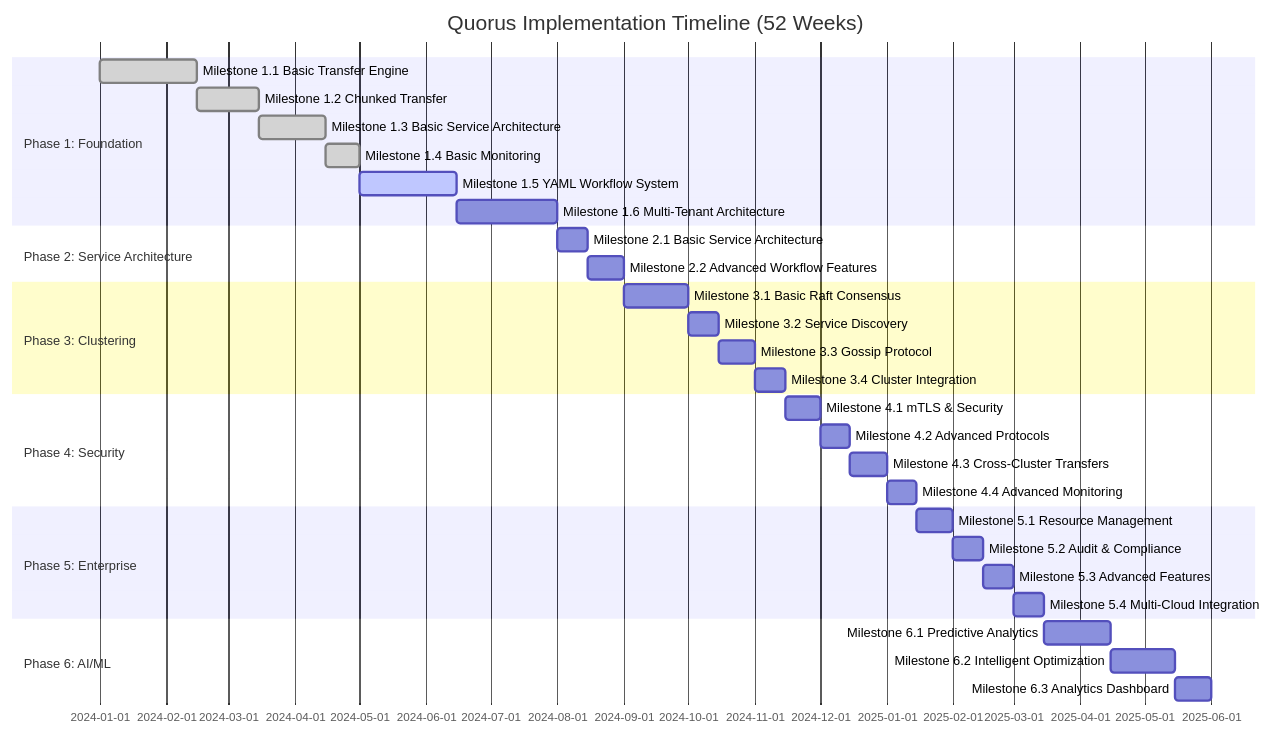
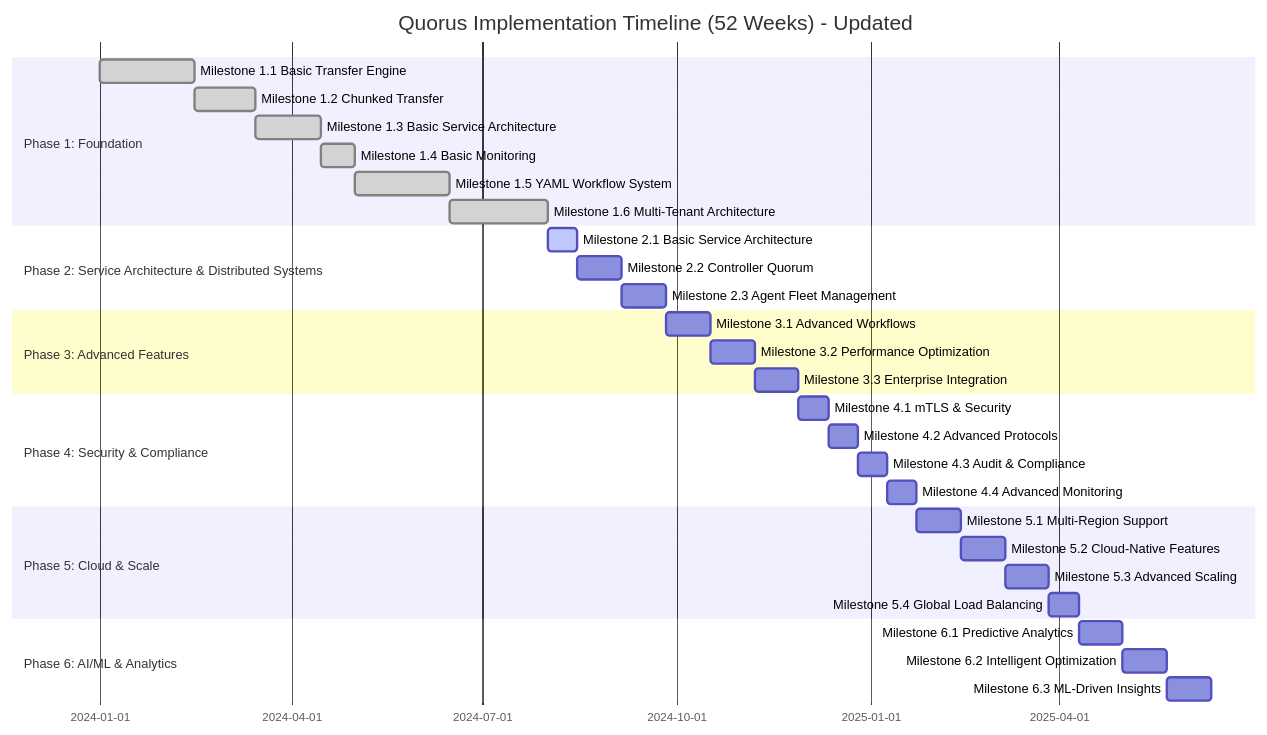
Before and after one commit to mraysmit/quorus: the diagram in docs/quorus-implementation-plan.md, drawn with Mermaid. The commit also changed other lines of this file and 61 other files, not shown here.

Commit message:
Add Quorus API and controller modules; refactor workflow definitions and enhance error handling

````diff
--- a/docs/quorus-implementation-plan.md
+++ b/docs/quorus-implementation-plan.md
@@ -13,39 +44,39 @@
 ```mermaid
 gantt
-    title Quorus Implementation Timeline (52 Weeks)
+    title Quorus Implementation Timeline (52 Weeks) - Updated
     dateFormat  YYYY-MM-DD
     section Phase 1: Foundation
     Milestone 1.1 Basic Transfer Engine     :done, m11, 2024-01-01, 2024-02-15
     Milestone 1.2 Chunked Transfer         :done, m12, 2024-02-15, 2024-03-15
     Milestone 1.3 Basic Service Architecture :done, m13, 2024-03-15, 2024-04-15
     Milestone 1.4 Basic Monitoring        :done, m14, 2024-04-15, 2024-05-01
-    Milestone 1.5 YAML Workflow System    :active, m15, 2024-05-01, 2024-06-15
-    Milestone 1.6 Multi-Tenant Architecture :m16, 2024-06-15, 2024-08-01
+    Milestone 1.5 YAML Workflow System    :done, m15, 2024-05-01, 2024-06-15
+    Milestone 1.6 Multi-Tenant Architecture :done, m16, 2024-06-15, 2024-08-01
 
-    section Phase 2: Service Architecture
-    Milestone 2.1 Basic Service Architecture :m21, 2024-08-01, 2024-08-15
-    Milestone 2.2 Advanced Workflow Features :m22, 2024-08-15, 2024-09-01
+    section Phase 2: Service Architecture & Distributed Systems
+    Milestone 2.1 Basic Service Architecture :active, m21, 2024-08-01, 2024-08-15
+    Milestone 2.2 Controller Quorum       :m22, 2024-08-15, 2024-09-05
+    Milestone 2.3 Agent Fleet Management  :m23, 2024-09-05, 2024-09-26
 
-    section Phase 3: Clustering
-    Milestone 3.1 Basic Raft Consensus    :m31, 2024-09-01, 2024-10-01
-    Milestone 3.2 Service Discovery       :m32, 2024-10-01, 2024-10-15
-    Milestone 3.3 Gossip Protocol         :m33, 2024-10-15, 2024-11-01
-    Milestone 3.4 Cluster Integration     :m34, 2024-11-01, 2024-11-15
+    section Phase 3: Advanced Features
+    Milestone 3.1 Advanced Workflows      :m31, 2024-09-26, 2024-10-17
+    Milestone 3.2 Performance Optimization :m32, 2024-10-17, 2024-11-07
+    Milestone 3.3 Enterprise Integration  :m33, 2024-11-07, 2024-11-28
 
-    section Phase 4: Security
-    Milestone 4.1 mTLS & Security         :m41, 2024-11-15, 2024-12-01
-    Milestone 4.2 Advanced Protocols      :m42, 2024-12-01, 2024-12-15
-    Milestone 4.3 Cross-Cluster Transfers :m43, 2024-12-15, 2025-01-01
-    Milestone 4.4 Advanced Monitoring     :m44, 2025-01-01, 2025-01-15
+    section Phase 4: Security & Compliance
+    Milestone 4.1 mTLS & Security         :m41, 2024-11-28, 2024-12-12
+    Milestone 4.2 Advanced Protocols      :m42, 2024-12-12, 2024-12-26
+    Milestone 4.3 Audit & Compliance      :m43, 2024-12-26, 2025-01-09
+    Milestone 4.4 Advanced Monitoring     :m44, 2025-01-09, 2025-01-23
 
-    section Phase 5: Enterprise
-    Milestone 5.1 Resource Management     :m51, 2025-01-15, 2025-02-01
-    Milestone 5.2 Audit & Compliance      :m52, 2025-02-01, 2025-02-15
-    Milestone 5.3 Advanced Features       :m53, 2025-02-15, 2025-03-01
-    Milestone 5.4 Multi-Cloud Integration :m54, 2025-03-01, 2025-03-15
+    section Phase 5: Cloud & Scale
+    Milestone 5.1 Multi-Region Support    :m51, 2025-01-23, 2025-02-13
+    Milestone 5.2 Cloud-Native Features   :m52, 2025-02-13, 2025-03-06
+    Milestone 5.3 Advanced Scaling        :m53, 2025-03-06, 2025-03-27
+    Milestone 5.4 Global Load Balancing   :m54, 2025-03-27, 2025-04-10
 
-    section Phase 6: AI/ML
-    Milestone 6.1 Predictive Analytics    :m61, 2025-03-15, 2025-04-15
-    Milestone 6.2 Intelligent Optimization :m62, 2025-04-15, 2025-05-15
-    Milestone 6.3 Analytics Dashboard     :m63, 2025-05-15, 2025-06-01
+    section Phase 6: AI/ML & Analytics
+    Milestone 6.1 Predictive Analytics    :m61, 2025-04-10, 2025-05-01
+    Milestone 6.2 Intelligent Optimization :m62, 2025-05-01, 2025-05-22
+    Milestone 6.3 ML-Driven Insights      :m63, 2025-05-22, 2025-06-12
 ```
````
